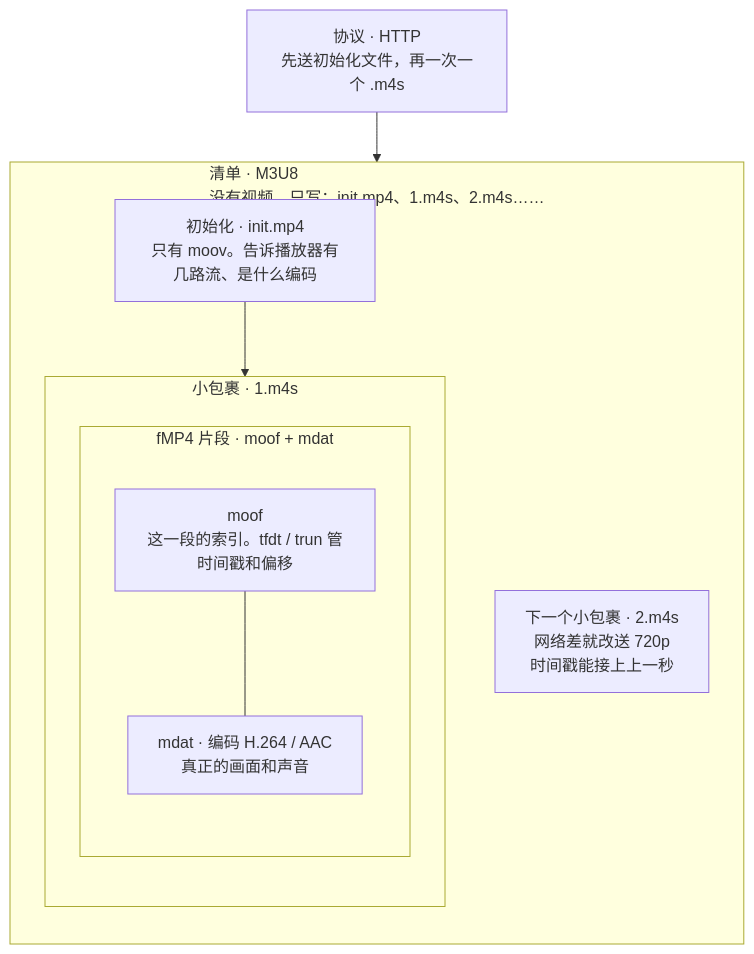
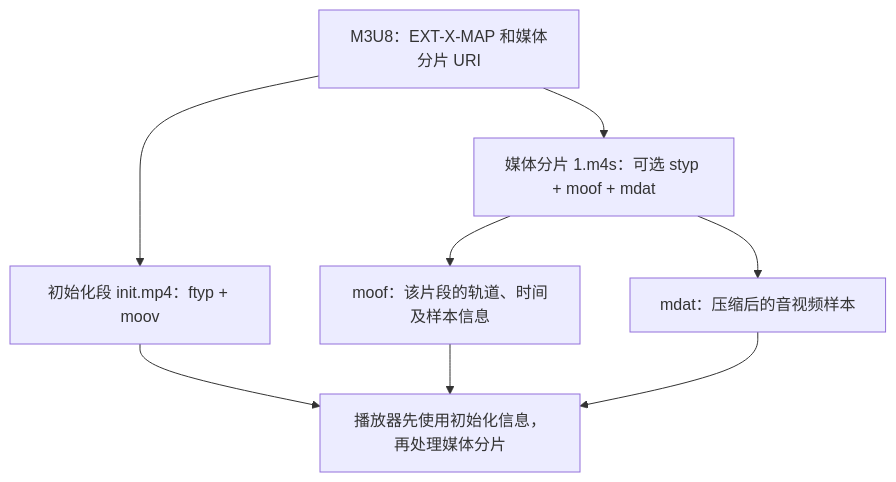
The second of 2 diagrams in docs/notes/hls.md (Leadgq/my-docs), drawn with Mermaid before and after one commit. The commit also changed other lines of this file, not shown here.

````diff
--- a/docs/notes/hls.md
+++ b/docs/notes/hls.md
@@ -157,26 +111,17 @@
 ```mermaid
 flowchart TB
-  http["协议 · HTTP<br/>先送初始化文件，再一次一个 .m4s"]
+  playlist["M3U8：EXT-X-MAP 和媒体分片 URI"]
+  init["初始化段 init.mp4：ftyp + moov"]
+  segment["媒体分片 1.m4s：可选 styp + moof + mdat"]
+  metadata["moof：该片段的轨道、时间及样本信息"]
+  media["mdat：压缩后的音视频样本"]
+  player["播放器先使用初始化信息，再处理媒体分片"]
 
-  subgraph list["清单 · M3U8<br/>没有视频，只写：init.mp4、1.m4s、2.m4s……"]
-    direction TB
-
-    init["初始化 · init.mp4<br/>只有 moov。告诉播放器有几路流、是什么编码"]
-
-    subgraph pkg["小包裹 · 1.m4s"]
-      direction TB
-
-      subgraph box["fMP4 片段 · moof + mdat"]
-        direction TB
-        moof["moof<br/>这一段的索引。tfdt / trun 管时间戳和偏移"]
-        mdat["mdat · 编码 H.264 / AAC<br/>真正的画面和声音"]
-        moof --- mdat
-      end
-    end
-
-    next["下一个小包裹 · 2.m4s<br/>网络差就改送 720p<br/>时间戳能接上上一秒"]
-    init --> pkg
-  end
-
-  http --> list
+  playlist --> init
+  playlist --> segment
+  segment --> metadata
+  segment --> media
+  init --> player
+  metadata --> player
+  media --> player
 ```
````
